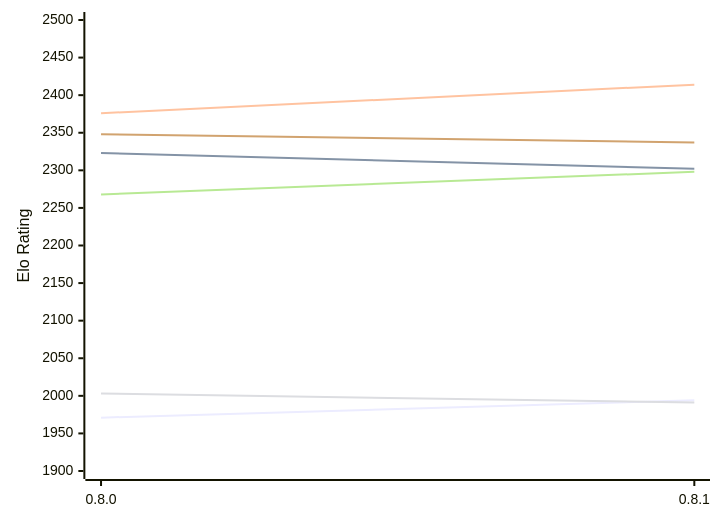
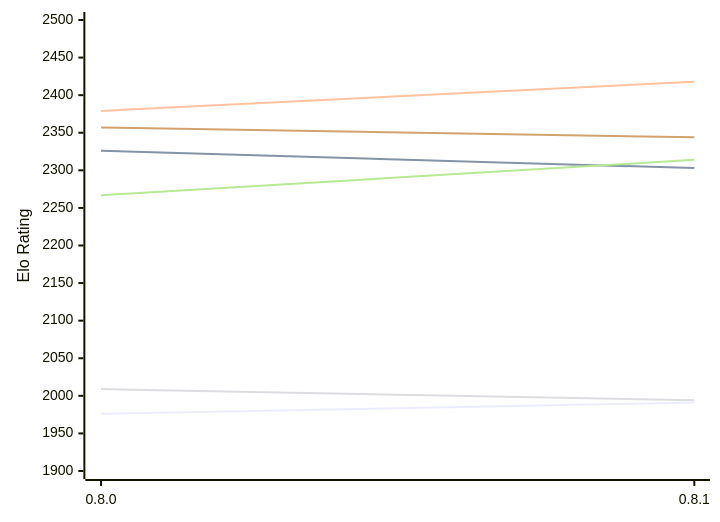
The diagram in engines/LittleWing.md (computer-chess-index/cci), drawn with Mermaid before and after one commit. The commit also changed other lines of this file, not shown here.

Commit message:
Update CCI Ratings (ELO VLTC) - 2026-11-25

````diff
--- a/engines/LittleWing.md
+++ b/engines/LittleWing.md
@@ -49,12 +49,12 @@
 ```mermaid
 %%{init: {"theme":"base","themeVariables":{"seriesColors:['#a3a3a3','#222221','#faa371']}}}%%
 xychart-beta
   x-axis ["0.8.0", "0.8.1"]
   y-axis "Elo Rating" 1900 --> 2500
-  line "E1: STC (8.0+0.08s)" [1971, 1994]
-  line "E1: LTC (60.0+0.60s)" [2323, 2302]
-  line "E1: VLTC (2m24s+1.12s)" [2376, 2414]
-  line "P1: STC (8.0+0.08s)" [2003, 1991]
-  line "P1: LTC (60.0+0.60s)" [2268, 2298]
-  line "P1: VLTC (2m24s+1.12s)" [2348, 2337]
+  line "E1: STC (8.0+0.08s)" [1976, 1991]
+  line "E1: LTC (60.0+0.60s)" [2326, 2303]
+  line "E1: VLTC (2m24s+1.12s)" [2379, 2418]
+  line "P1: STC (8.0+0.08s)" [2009, 1994]
+  line "P1: LTC (60.0+0.60s)" [2267, 2314]
+  line "P1: VLTC (2m24s+1.12s)" [2357, 2344]
 ```
````
